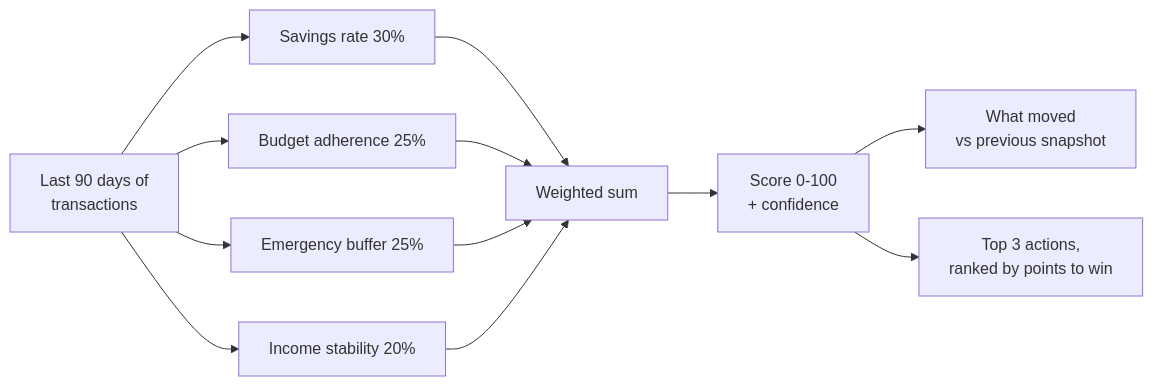
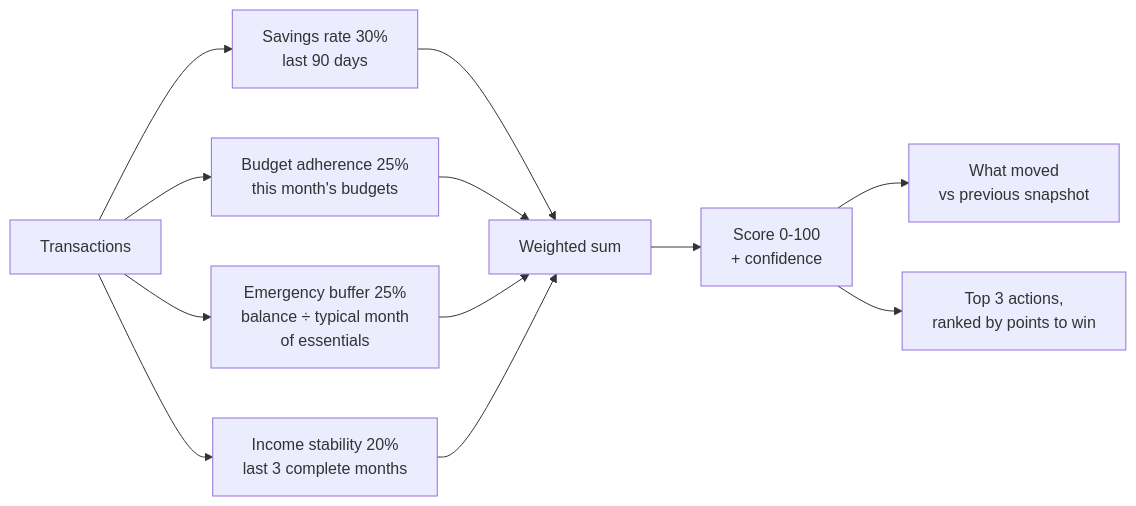
Before and after one commit to AlchemistReturns/upay-compass: the fifth of 11 diagrams in docs/PROJECT_REPORT.md, drawn with Mermaid. The commit also changed other lines of this file, not shown here.

Commit message:
docs(report): new score calculation, buffer on a monthly basis, refreshed counts

````diff
--- a/docs/PROJECT_REPORT.md
+++ b/docs/PROJECT_REPORT.md
@@ -294,14 +303,14 @@
 ```mermaid
 flowchart LR
-  T[Last 90 days of<br/>transactions] --> S[Savings rate 30%]
-  T --> B[Budget adherence 25%]
-  T --> E[Emergency buffer 25%]
-  T --> I[Income stability 20%]
+  T[Transactions] --> S["Savings rate 30%<br/>last 90 days"]
+  T --> B["Budget adherence 25%<br/>this month's budgets"]
+  T --> E["Emergency buffer 25%<br/>balance ÷ typical month<br/>of essentials"]
+  T --> I["Income stability 20%<br/>last 3 complete months"]
   S --> W[Weighted sum]
   B --> W
   E --> W
   I --> W
   W --> SC["Score 0-100<br/>+ confidence"]
   SC --> M["What moved<br/>vs previous snapshot"]
   SC --> A["Top 3 actions,<br/>ranked by points to win"]
 ```
````
